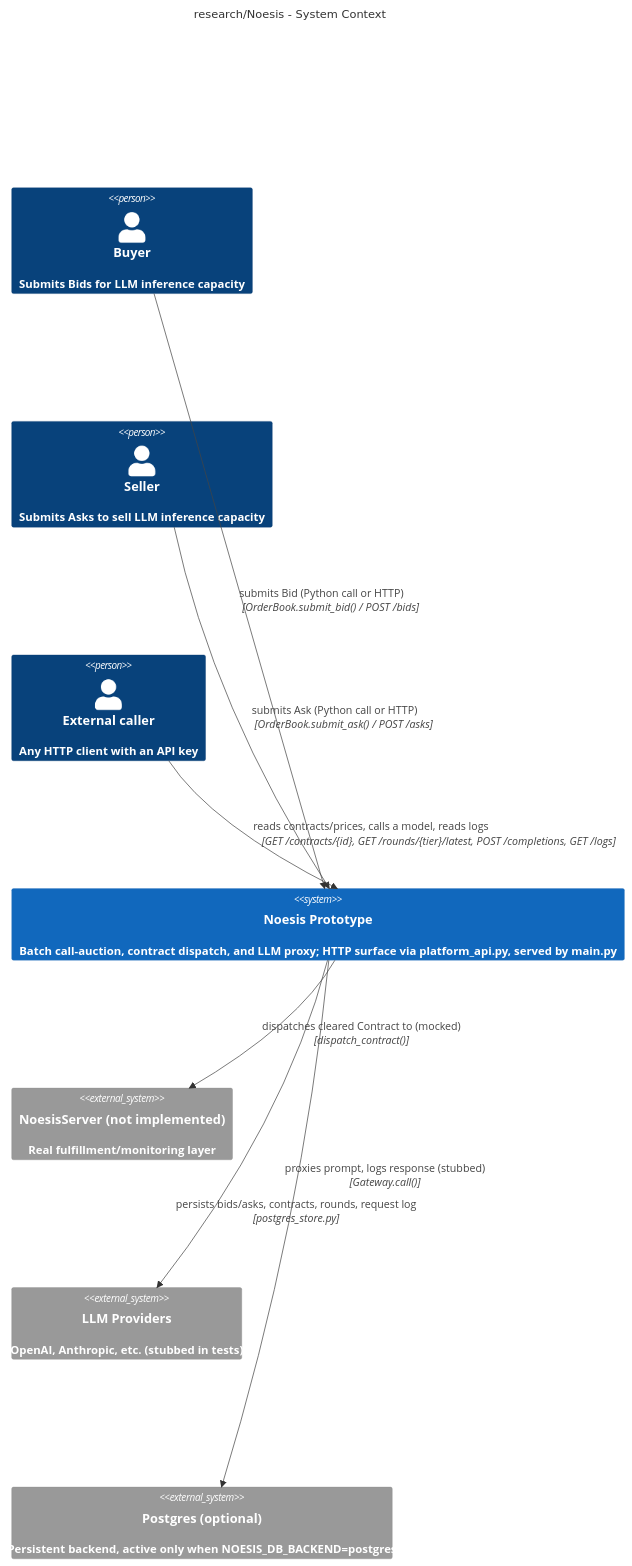
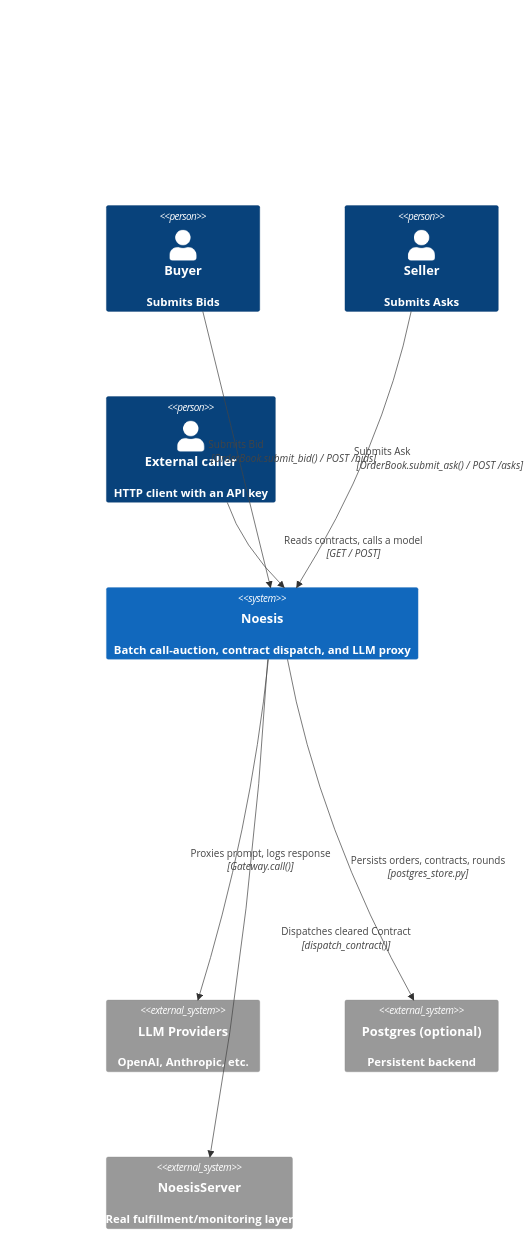
The first of 3 diagrams in research/Noesis/architecture.md (gpsaggese-org/umd_classes), drawn with Mermaid before and after one commit. The commit also changed other lines of this file and 5 other files, not shown here.

````diff
--- a/research/Noesis/architecture.md
+++ b/research/Noesis/architecture.md
@@ -71,24 +84,32 @@
 ```mermaid
-%%{init: {"c4": {"c4ShapeMargin": 90, "c4ShapePadding": 20, "diagramMarginX": 40, "diagramMarginY": 50, "personFontSize": 16, "personFontWeight": "bold", "external_personFontSize": 16, "systemFontSize": 16, "systemFontWeight": "bold", "external_systemFontSize": 16, "boundaryFontSize": 16, "messageFontSize": 15}}}%%
+%%{init: {"c4": {"c4ShapeInRow": 3, "c4ShapeMargin": 60, "c4ShapePadding": 20, "diagramMarginX": 40, "diagramMarginY": 50, "personFontSize": 16, "personFontWeight": "bold", "external_personFontSize": 16, "systemFontSize": 16, "systemFontWeight": "bold", "external_systemFontSize": 16, "boundaryFontSize": 16, "messageFontSize": 14}}}%%
 C4Context
-  title research/Noesis - System Context
-
-  Person(buyer, "Buyer", "Submits Bids for LLM inference capacity")
-  Person(seller, "Seller", "Submits Asks to sell LLM inference capacity")
-  Person(caller, "External caller", "Any HTTP client with an API key")
-
-  System(noesis, "Noesis Prototype", "Batch call-auction, contract dispatch, and LLM proxy; HTTP surface via platform_api.py, served by main.py")
-
-  System_Ext(noesis_server, "NoesisServer (not implemented)", "Real fulfillment/monitoring layer")
-  System_Ext(llm_providers, "LLM Providers", "OpenAI, Anthropic, etc. (stubbed in tests)")
-  System_Ext(postgres, "Postgres (optional)", "Persistent backend, active only when NOESIS_DB_BACKEND=postgres")
-
-  Rel(buyer, noesis, "submits Bid (Python call or HTTP)", "OrderBook.submit_bid() / POST /bids")
-  Rel(seller, noesis, "submits Ask (Python call or HTTP)", "OrderBook.submit_ask() / POST /asks")
-  Rel(caller, noesis, "reads contracts/prices, calls a model, reads logs", "GET /contracts/{id}, GET /rounds/{tier}/latest, POST /completions, GET /logs")
-  Rel(noesis, noesis_server, "dispatches cleared Contract to (mocked)", "dispatch_contract()")
-  Rel(noesis, llm_providers, "proxies prompt, logs response (stubbed)", "Gateway.call()")
-  Rel(noesis, postgres, "persists bids/asks, contracts, rounds, request log", "postgres_store.py")
-  UpdateRelStyle(noesis, llm_providers, $offsetY="60", $offsetX="60")
-  UpdateRelStyle(noesis, postgres, $offsetY="-30", $offsetX="-140")
+  Person(buyer, "Buyer", "Submits Bids")
+  Person(seller, "Seller", "Submits Asks")
+  Person(caller, "External caller", "HTTP client with an API key")
+  System(spacer_l, " ", " ")
+  System(noesis, "Noesis", "Batch call-auction, contract dispatch, and LLM proxy")
+  System(spacer_r, " ", " ")
+  System(gap_a, " ", " ")
+  System(gap_b, " ", " ")
+  System(gap_c, " ", " ")
+  System_Ext(llm_providers, "LLM Providers", "OpenAI, Anthropic, etc.")
+  System_Ext(postgres, "Postgres (optional)", "Persistent backend")
+  System_Ext(noesis_server, "NoesisServer", "Real fulfillment/monitoring layer")
+  Rel(buyer, noesis, "Submits Bid", "OrderBook.submit_bid() / POST /bids")
+  Rel(seller, noesis, "Submits Ask", "OrderBook.submit_ask() / POST /asks")
+  Rel(caller, noesis, "Reads contracts, calls a model", "GET / POST")
+  Rel(noesis, llm_providers, "Proxies prompt, logs response", "Gateway.call()")
+  Rel(noesis, postgres, "Persists orders, contracts, rounds", "postgres_store.py")
+  Rel(noesis, noesis_server, "Dispatches cleared Contract", "dispatch_contract()")
+  UpdateElementStyle(spacer_l, $bgColor="transparent", $borderColor="transparent", $fontColor="transparent")
+  UpdateElementStyle(spacer_r, $bgColor="transparent", $borderColor="transparent", $fontColor="transparent")
+  UpdateElementStyle(gap_a, $bgColor="transparent", $borderColor="transparent", $fontColor="transparent")
+  UpdateElementStyle(gap_b, $bgColor="transparent", $borderColor="transparent", $fontColor="transparent")
+  UpdateElementStyle(gap_c, $bgColor="transparent", $borderColor="transparent", $fontColor="transparent")
+  UpdateRelStyle(buyer, noesis, $offsetX="-40", $offsetY="-10")
+  UpdateRelStyle(caller, noesis, $offsetX="40", $offsetY="-10")
+  UpdateRelStyle(noesis, llm_providers, $offsetX="-60", $offsetY="30")
+  UpdateRelStyle(noesis, noesis_server, $offsetX="60", $offsetY="30")
+  UpdateRelStyle(noesis, postgres, $offsetY="40")
 ```
````
